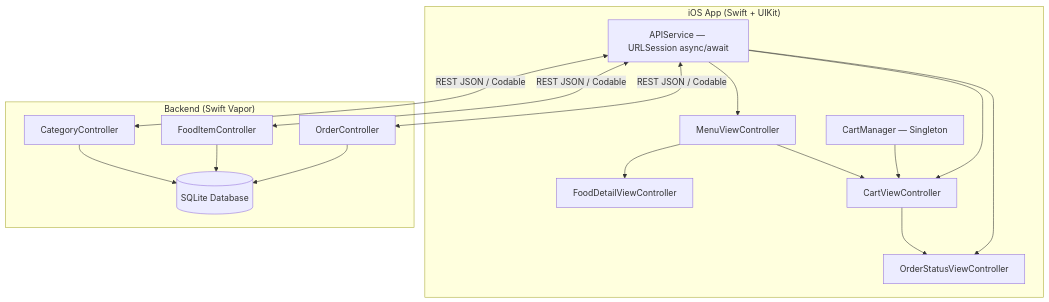
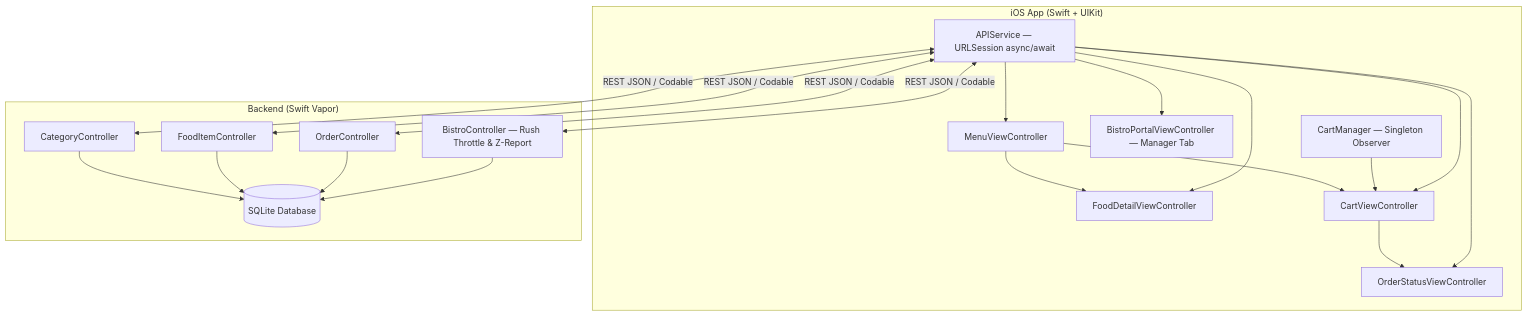
Before and after one commit to sailesh3010/Biteflow: the diagram in readme.md, drawn with Mermaid. The commit also changed other lines of this file and 22 other files, not shown here.

Commit message:
feat: Add Bistro Manager suite — Dine-In mode, bill splitting, 86'd toggles, rush throttle, upsell pairings, and live Z-Report dashboard

````diff
--- a/readme.md
+++ b/readme.md
@@ -5,26 +5,32 @@
 ```mermaid
 flowchart TB
     subgraph iOS["iOS App (Swift + UIKit)"]
         A[MenuViewController] --> B[FoodDetailViewController]
         A --> C[CartViewController]
         C --> D[OrderStatusViewController]
-        E[CartManager — Singleton] --> C
+        P[BistroPortalViewController — Manager Tab]
+        E[CartManager — Singleton Observer] --> C
         F[APIService — URLSession async/await] --> A
+        F --> B
         F --> C
         F --> D
+        F --> P
     end
 
     subgraph Backend["Backend (Swift Vapor)"]
         G[CategoryController]
         H[FoodItemController]
         I[OrderController]
+        K[BistroController — Rush Throttle & Z-Report]
         J[(SQLite Database)]
         G --> J
         H --> J
         I --> J
+        K --> J
     end
 
     F <-->|REST JSON / Codable| G
     F <-->|REST JSON / Codable| H
     F <-->|REST JSON / Codable| I
+    F <-->|REST JSON / Codable| K
 ```
````
